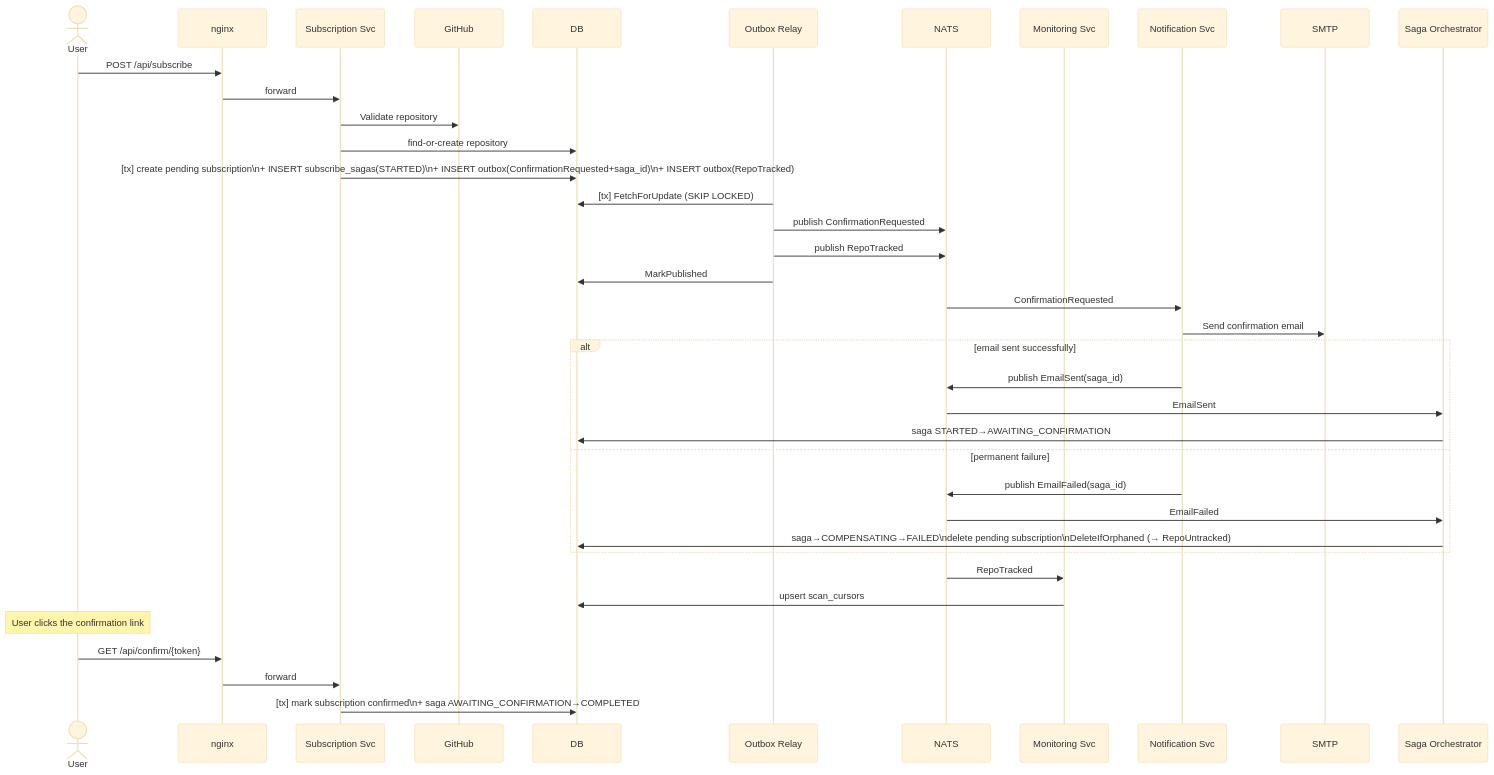
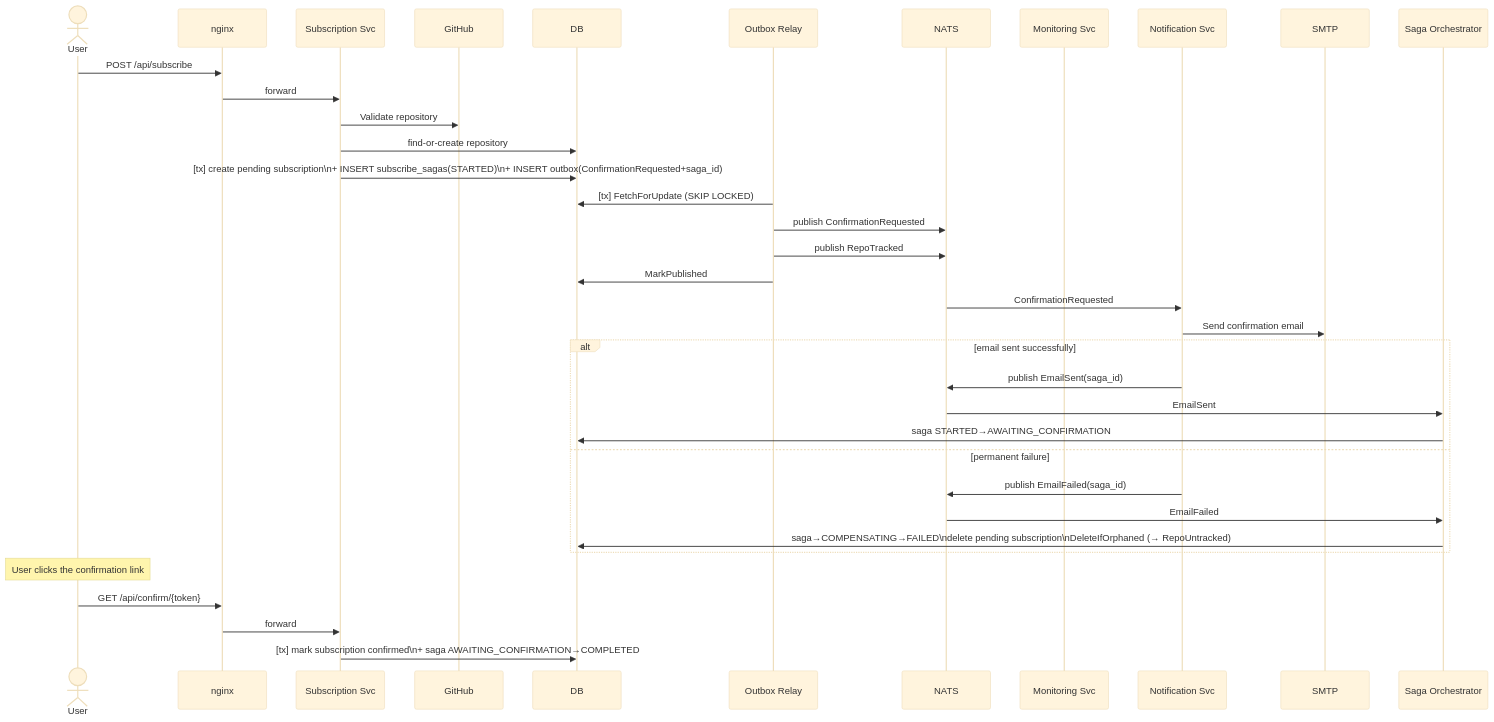
One commit to GenesisEducationKyiv/software-engineering-school-6-0-RodionShapoval5758 changed the second of 7 diagrams in docs/SDD.md. Above: the diagram before and after it, drawn with Mermaid (base theme). The commit also changed other lines of this file and 8 other files, not shown here.

````diff
--- a/docs/SDD.md
+++ b/docs/SDD.md
@@ -145,45 +141,42 @@
 ```mermaid
 sequenceDiagram
     actor User
     participant nginx
     participant Sub as Subscription Svc
     participant GitHub
     participant DB
     participant Relay as Outbox Relay
     participant NATS
     participant Mon as Monitoring Svc
     participant Notif as Notification Svc
     participant SMTP
     participant Saga as Saga Orchestrator
 
     User->>nginx: POST /api/subscribe
     nginx->>Sub: forward
     Sub->>GitHub: Validate repository
     Sub->>DB: find-or-create repository
-    Sub->>DB: [tx] create pending subscription\n+ INSERT subscribe_sagas(STARTED)\n+ INSERT outbox(ConfirmationRequested+saga_id)\n+ INSERT outbox(RepoTracked)
+    Sub->>DB: [tx] create pending subscription\n+ INSERT subscribe_sagas(STARTED)\n+ INSERT outbox(ConfirmationRequested+saga_id)
 
     Relay->>DB: [tx] FetchForUpdate (SKIP LOCKED)
     Relay->>NATS: publish ConfirmationRequested
     Relay->>NATS: publish RepoTracked
     Relay->>DB: MarkPublished
 
     NATS->>Notif: ConfirmationRequested
     Notif->>SMTP: Send confirmation email
     alt email sent successfully
         Notif->>NATS: publish EmailSent(saga_id)
         NATS->>Saga: EmailSent
         Saga->>DB: saga STARTED→AWAITING_CONFIRMATION
     else permanent failure
         Notif->>NATS: publish EmailFailed(saga_id)
         NATS->>Saga: EmailFailed
         Saga->>DB: saga→COMPENSATING→FAILED\ndelete pending subscription\nDeleteIfOrphaned (→ RepoUntracked)
     end
 
-    NATS->>Mon: RepoTracked
-    Mon->>DB: upsert scan_cursors
-
     Note over User: User clicks the confirmation link
     User->>nginx: GET /api/confirm/{token}
     nginx->>Sub: forward
     Sub->>DB: [tx] mark subscription confirmed\n+ saga AWAITING_CONFIRMATION→COMPLETED
 ```
````
